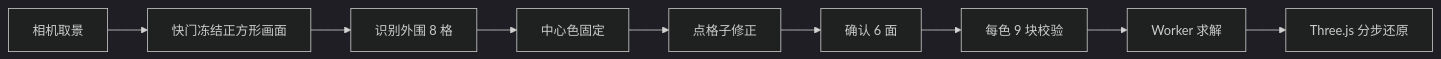
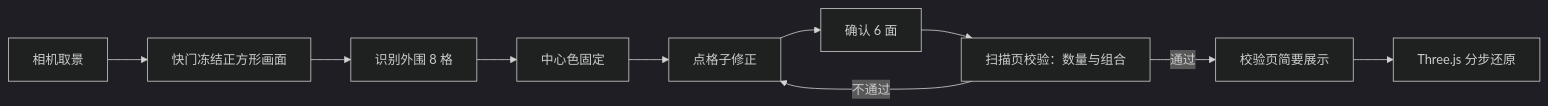
Before and after one commit to wenlibo90/cube-flow: the diagram in README.md, drawn with Mermaid (dark theme). The commit also changed other lines of this file and 7 other files, not shown here.

````diff
--- a/README.md
+++ b/README.md
@@ -30,11 +33,12 @@
 ```mermaid
 flowchart LR
   A["相机取景"] --> B["快门冻结正方形画面"]
   B --> C["识别外围 8 格"]
   C --> D["中心色固定"]
   D --> E["点格子修正"]
   E --> F["确认 6 面"]
-  F --> G["每色 9 块校验"]
-  G --> H["Worker 求解"]
+  F --> G["扫描页校验：数量与组合"]
+  G -->|不通过| E
+  G -->|通过| H["校验页简要展示"]
   H --> I["Three.js 分步还原"]
 ```
````
